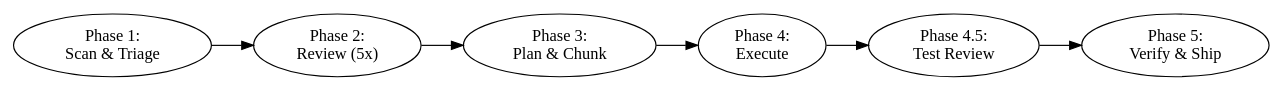
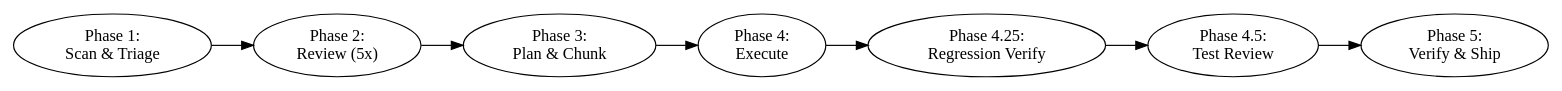
One commit to caio-silva/claude-skills changed the diagram in source/skills/code-improvement-orchestrator/SKILL.md. Above: the diagram before and after it, drawn with Graphviz. The commit also changed other lines of this file, not shown here.

Commit message:
feat: add structured handoffs, 3-attempt retry, Phase 4.25 regression, dev-QA loop to orchestrator

````diff
--- a/source/skills/code-improvement-orchestrator/SKILL.md
+++ b/source/skills/code-improvement-orchestrator/SKILL.md
@@ -88,6 +89,6 @@
 ```dot
 digraph orchestrator {
     rankdir=LR;
-    "Phase 1:\nScan & Triage" -> "Phase 2:\nReview (5x)" -> "Phase 3:\nPlan & Chunk" -> "Phase 4:\nExecute" -> "Phase 4.5:\nTest Review" -> "Phase 5:\nVerify & Ship";
+    "Phase 1:\nScan & Triage" -> "Phase 2:\nReview (5x)" -> "Phase 3:\nPlan & Chunk" -> "Phase 4:\nExecute" -> "Phase 4.25:\nRegression Verify" -> "Phase 4.5:\nTest Review" -> "Phase 5:\nVerify & Ship";
 }
 ```
````
